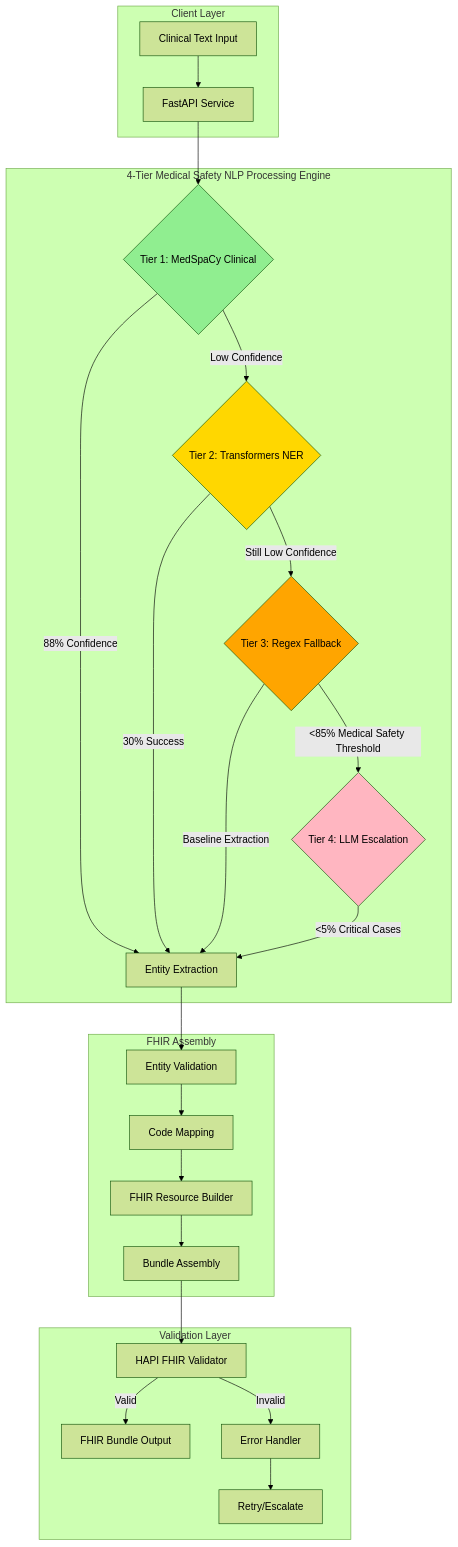
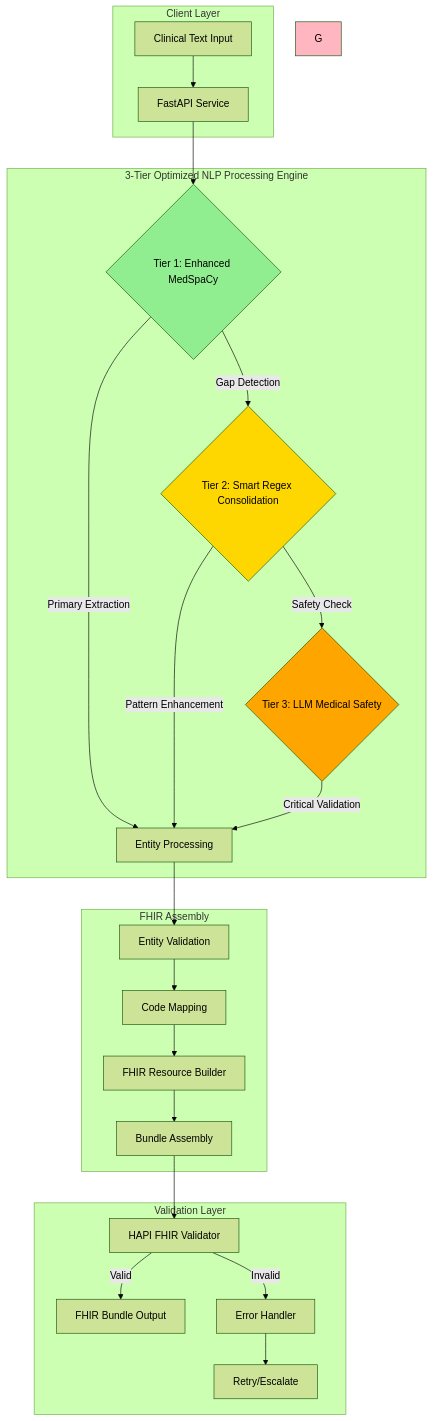
Before and after one commit to jc7k/nl-fhir: the first of 5 diagrams in README.md, drawn with Mermaid (forest theme). The commit also changed other lines of this file and 24 other files, not shown here.

First line of the commit message:
feat: Complete 4-tier to 3-tier NLP architecture migration

````diff
--- a/README.md
+++ b/README.md
@@ -291,36 +306,34 @@
 ```mermaid
 graph TB
     subgraph "Client Layer"
         A[Clinical Text Input] --> B[FastAPI Service]
     end
-    
-    subgraph "4-Tier Medical Safety NLP Processing Engine"
-        B --> C{Tier 1: MedSpaCy Clinical}
-        C -->|88% Confidence| D[Entity Extraction]
-        C -->|Low Confidence| E{Tier 2: Transformers NER}
-        E -->|30% Success| D
-        E -->|Still Low Confidence| F{Tier 3: Regex Fallback}
-        F -->|Baseline Extraction| D
-        F -->|<85% Medical Safety Threshold| G{Tier 4: LLM Escalation}
-        G -->|<5% Critical Cases| D
+
+    subgraph "3-Tier Optimized NLP Processing Engine"
+        B --> C{Tier 1: Enhanced MedSpaCy}
+        C -->|Primary Extraction| D[Entity Processing]
+        C -->|Gap Detection| E{Tier 2: Smart Regex Consolidation}
+        E -->|Pattern Enhancement| D
+        E -->|Safety Check| F{Tier 3: LLM Medical Safety}
+        F -->|Critical Validation| D
     end
     
     subgraph "FHIR Assembly"
         D --> H[Entity Validation]
         H --> I[Code Mapping]
         I --> J[FHIR Resource Builder]
         J --> K[Bundle Assembly]
     end
     
     subgraph "Validation Layer"
         K --> L[HAPI FHIR Validator]
         L -->|Valid| M[FHIR Bundle Output]
         L -->|Invalid| N[Error Handler]
         N --> O[Retry/Escalate]
     end
     
     style C fill:#90EE90
     style E fill:#FFD700
     style F fill:#FFA500
     style G fill:#FFB6C1
 ```
````
